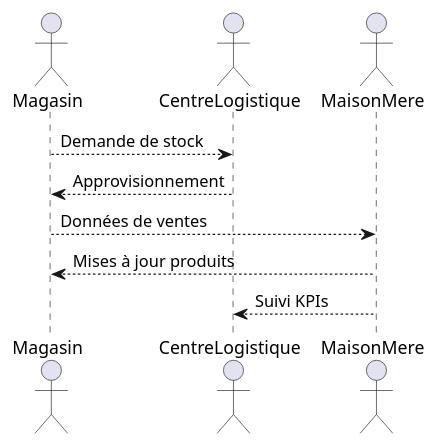
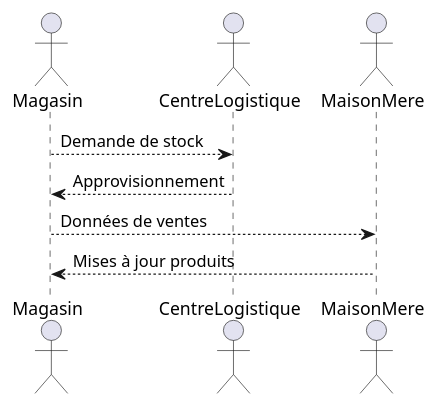
Before and after one commit to LawrenceLiang02/LOG430_ETAPE1: the diagram in docs/UML/lab2/vueprocessus.puml, drawn with PlantUML.

Commit message:
update processus

```diff
--- a/docs/UML/lab2/vueprocessus.puml
+++ b/docs/UML/lab2/vueprocessus.puml
@@ -1,11 +1,10 @@
 @startuml vueprocessus
 actor Magasin
 actor CentreLogistique
 actor MaisonMere
 
 Magasin --> CentreLogistique : Demande de stock
 CentreLogistique --> Magasin : Approvisionnement
 Magasin --> MaisonMere : Données de ventes
 MaisonMere --> Magasin : Mises à jour produits
-MaisonMere --> CentreLogistique : Suivi KPIs
 @enduml
```
